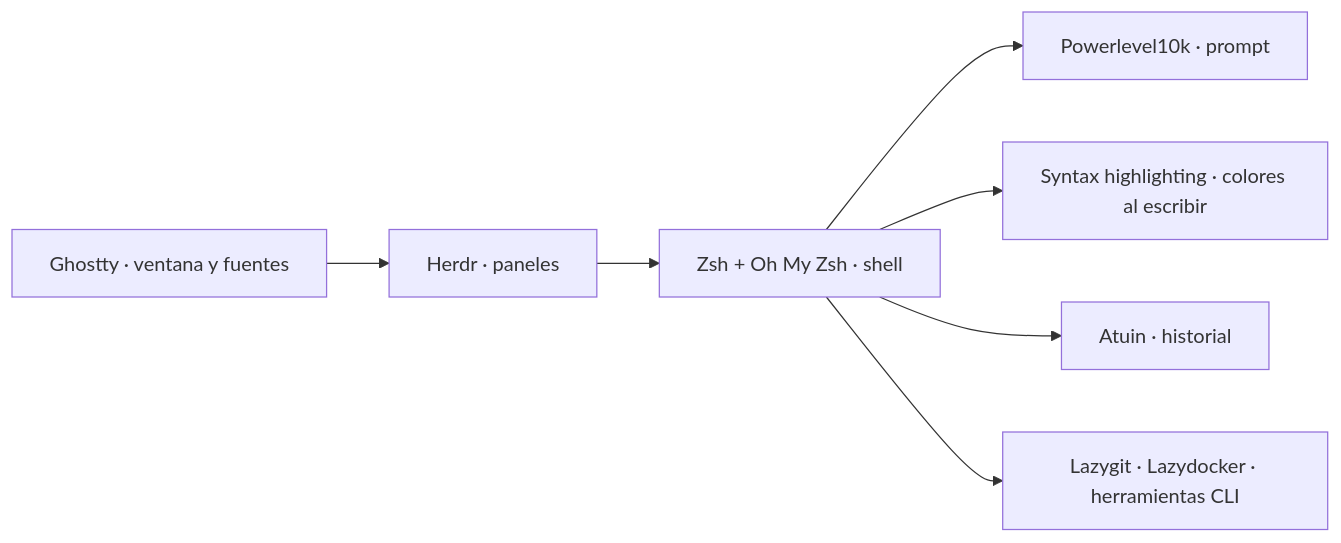
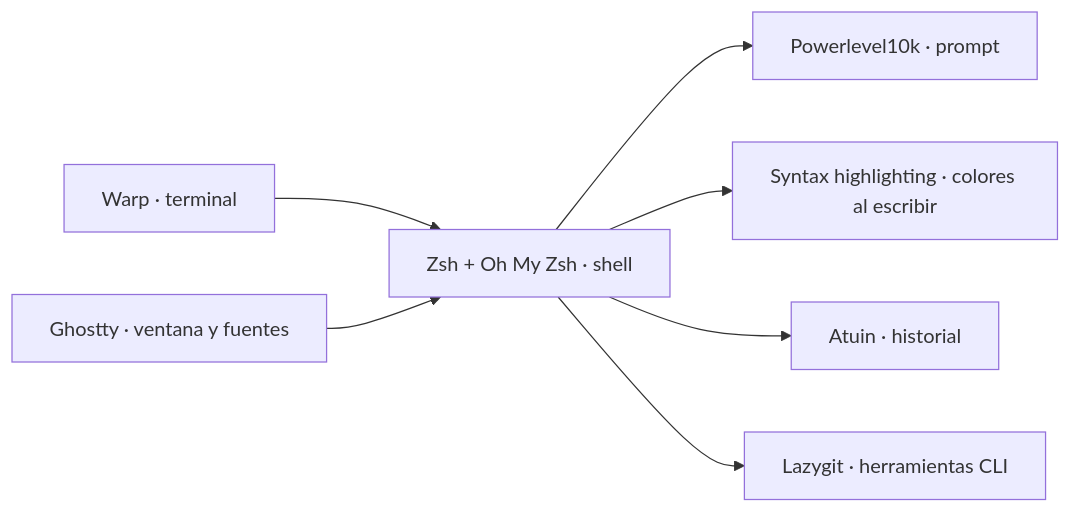
The diagram in README.md (rtovardev/dotfiles), drawn with Mermaid before and after one commit. The commit also changed other lines of this file and 14 other files, not shown here.

Commit message:
Retire Herdr and Lazydocker from terminal dotfiles

````diff
--- a/README.md
+++ b/README.md
@@ -12,9 +11,9 @@
 ```mermaid
 flowchart LR
-  Ghostty[Ghostty · ventana y fuentes] --> Herdr[Herdr · paneles]
-  Herdr --> Zsh[Zsh + Oh My Zsh · shell]
+  Warp[Warp · terminal] --> Zsh[Zsh + Oh My Zsh · shell]
+  Ghostty[Ghostty · ventana y fuentes] --> Zsh
   Zsh --> P10k[Powerlevel10k · prompt]
   Zsh --> Highlight[Syntax highlighting · colores al escribir]
   Zsh --> Atuin[Atuin · historial]
-  Zsh --> Tools[Lazygit · Lazydocker · herramientas CLI]
+  Zsh --> Tools[Lazygit · herramientas CLI]
 ```
````
